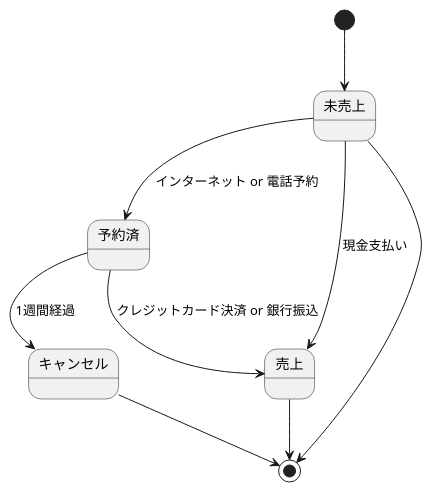
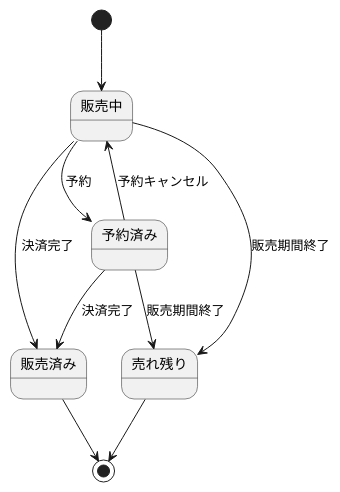
Before and after one commit to yinm/uml-modeling-lesson: the diagram in ch07/excercise/7-3.puml, drawn with PlantUML. The commit also changed 2 other files, not shown here.

```diff
--- a/ch07/excercise/7-3.puml
+++ b/ch07/excercise/7-3.puml
@@ -1,15 +1,16 @@
 @startuml
 
-[*] --> 未売上
+[*] --> 販売中
 
-未売上 --> 予約済 : インターネット or 電話予約
+販売中 --> 予約済み : 予約
+販売中 --> 販売済み : 決済完了
+販売中 --> 売れ残り : 販売期間終了
 
-未売上 --> 売上 : 現金支払い
-予約済 --> 売上 : クレジットカード決済 or 銀行振込
-予約済 --> キャンセル : 1週間経過
+予約済み --> 販売済み : 決済完了
+予約済み --> 販売中 : 予約キャンセル
+予約済み --> 売れ残り : 販売期間終了
 
-売上 --> [*]
-キャンセル --> [*]
-未売上 --> [*]
+販売済み --> [*]
+売れ残り --> [*]
 
 @enduml
```
